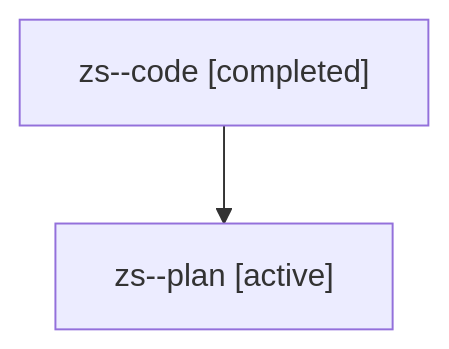
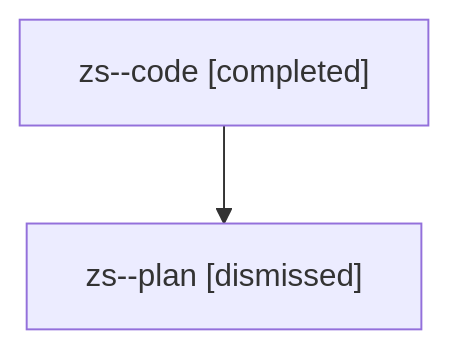
The diagram in sessions/bbugyi200.athena.zs.md (sase-org/sase--agents), drawn with Mermaid before and after one commit. The commit also changed other lines of this file and 16 other files, not shown here.

````diff
--- a/sessions/bbugyi200.athena.zs.md
+++ b/sessions/bbugyi200.athena.zs.md
@@ -9,6 +9,6 @@
 ```mermaid
 flowchart TD
   n0["zs--code [completed]"]
-  n1["zs--plan [active]"]
+  n1["zs--plan [dismissed]"]
   n0 --> n1
 ```
````
